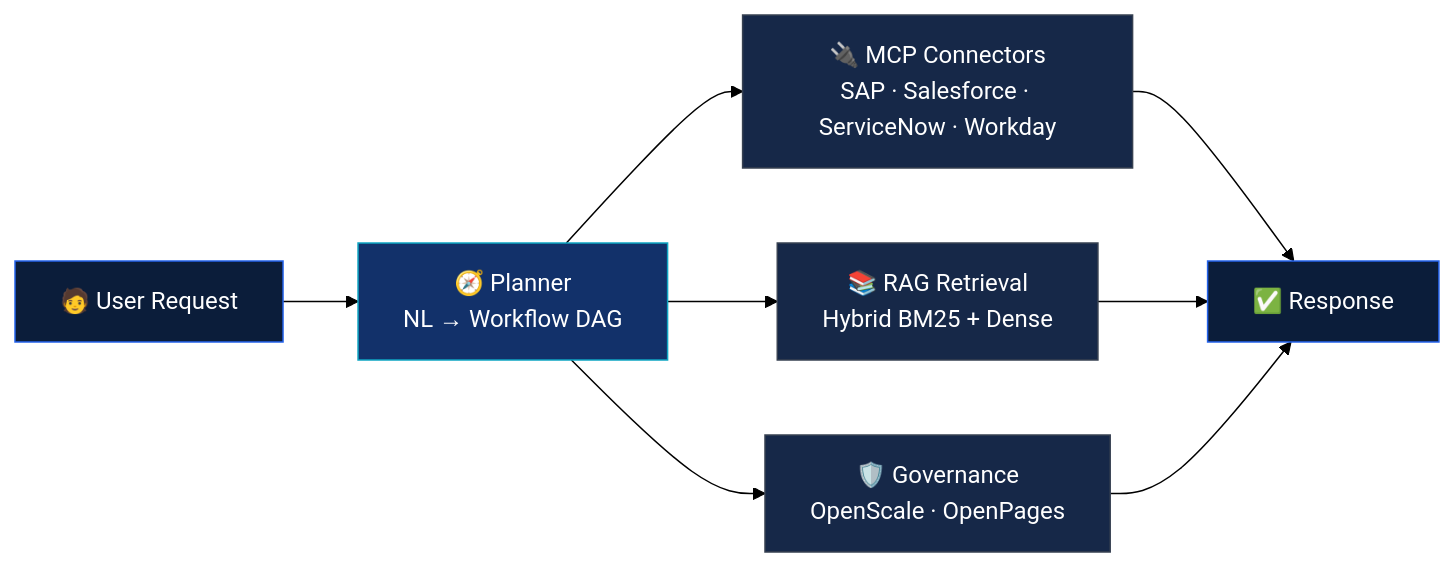
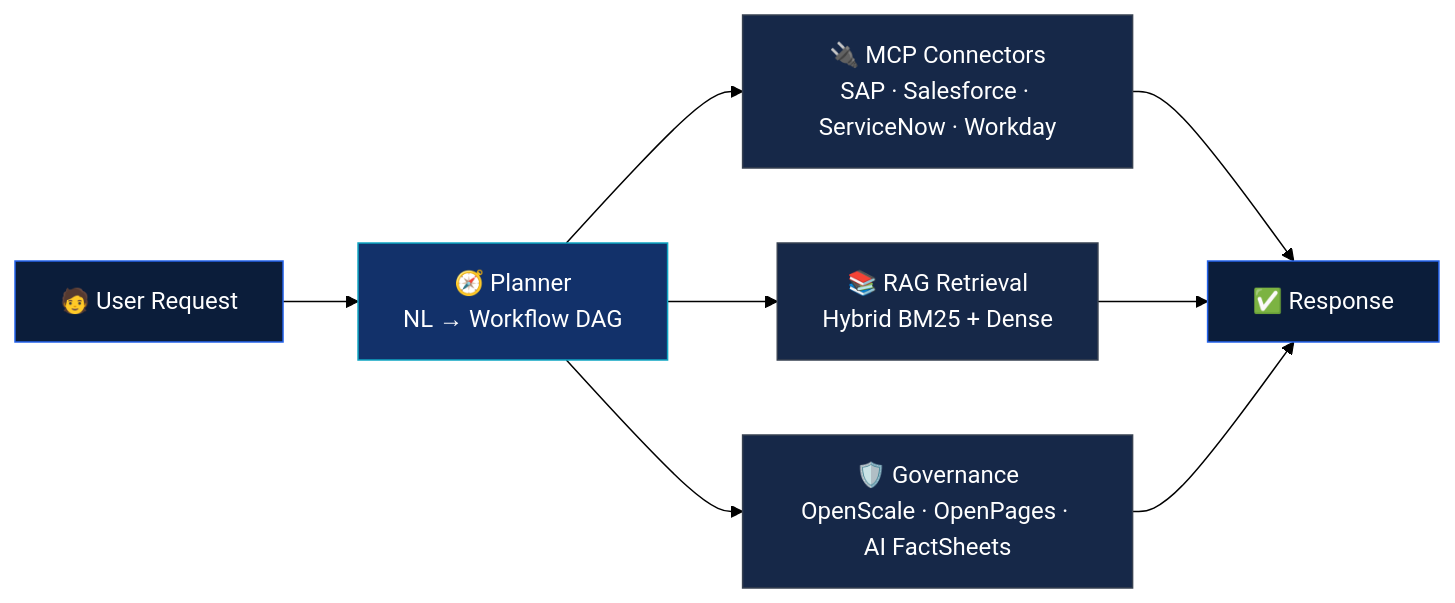
One commit to chandankumariit/chandankumariit changed the diagram in README.md. Above: the diagram before and after it, drawn with Mermaid (forest theme).

````diff
--- a/README.md
+++ b/README.md
@@ -46,17 +46,17 @@
 ```mermaid
 flowchart LR
     A["🧑 User Request"] --> B["🧭 Planner<br/>NL → Workflow DAG"]
     B --> C["🔌 MCP Connectors<br/>SAP · Salesforce · ServiceNow · Workday"]
     B --> D["📚 RAG Retrieval<br/>Hybrid BM25 + Dense"]
-    B --> E["🛡️ Governance<br/>OpenScale · OpenPages"]
+    B --> E["🛡️ Governance<br/>OpenScale · OpenPages · AI FactSheets"]
     C --> F["✅ Response"]
     D --> F
     E --> F
 
     style A fill:#0B1D3A,stroke:#2563EB,color:#fff
     style F fill:#0B1D3A,stroke:#2563EB,color:#fff
     style B fill:#12316A,stroke:#0EA5C2,color:#fff
     style C fill:#162848,stroke:#374151,color:#fff
     style D fill:#162848,stroke:#374151,color:#fff
     style E fill:#162848,stroke:#374151,color:#fff
 ```
````
